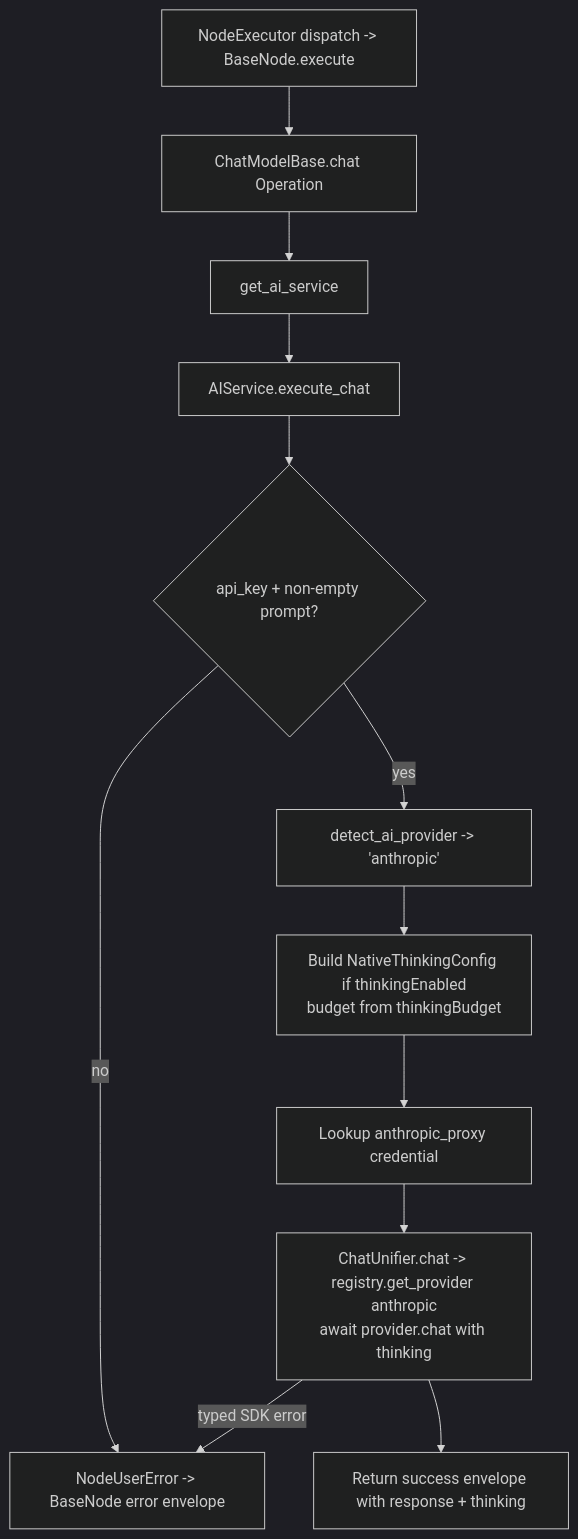
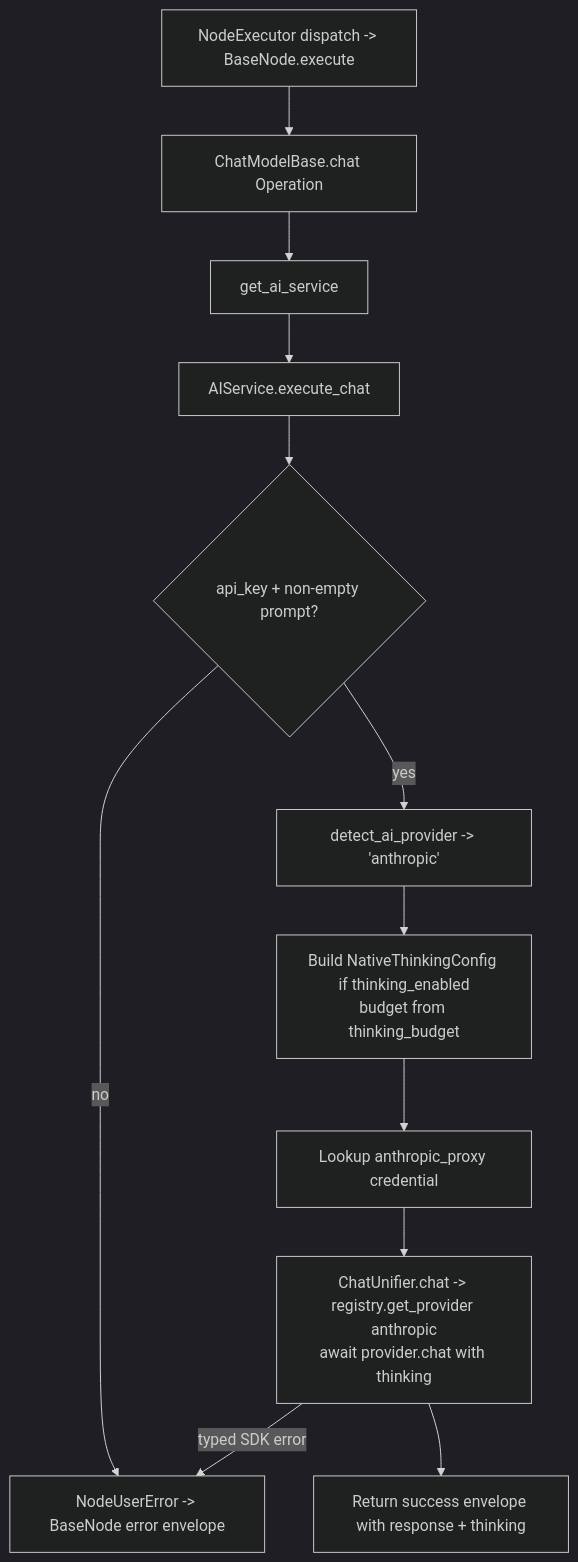
The diagram in docs-internal/node-logic-flows/ai_chat_models/anthropicChatModel.md (zeenie-ai/OpenCompany), drawn with Mermaid (dark theme) before and after one commit. The commit also changed other lines of this file and 175 other files, not shown here.

````diff
--- a/docs-internal/node-logic-flows/ai_chat_models/anthropicChatModel.md
+++ b/docs-internal/node-logic-flows/ai_chat_models/anthropicChatModel.md
@@ -64,14 +68,14 @@
 ```mermaid
 flowchart TD
   A[NodeExecutor dispatch -> BaseNode.execute] --> B[ChatModelBase.chat Operation]
   B --> C[get_ai_service]
   C --> D[AIService.execute_chat]
   D --> E{api_key + non-empty prompt?}
   E -- no --> X[ValueError -> error envelope]
   E -- yes --> F[detect_ai_provider -> 'anthropic']
-  F --> G[Build NativeThinkingConfig if thinkingEnabled<br/>budget from thinkingBudget]
+  F --> G[Build NativeThinkingConfig if thinking_enabled<br/>budget from thinking_budget]
   G --> H[Lookup anthropic_proxy credential]
   H --> I[ChatUnifier.chat -> registry.get_provider anthropic<br/>await provider.chat with thinking]
   I --> J[Return success envelope with response + thinking]
   I -- typed SDK error --> X[NodeUserError -> BaseNode error envelope]
 ```
````
